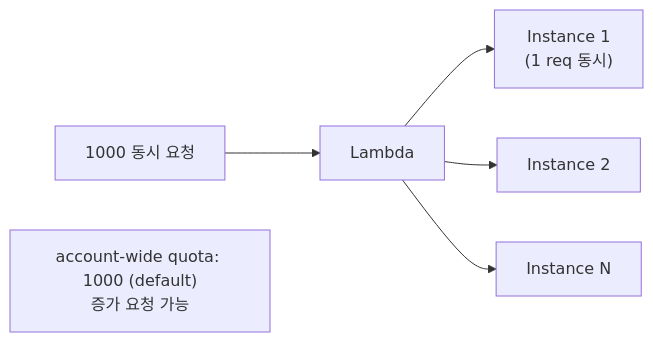
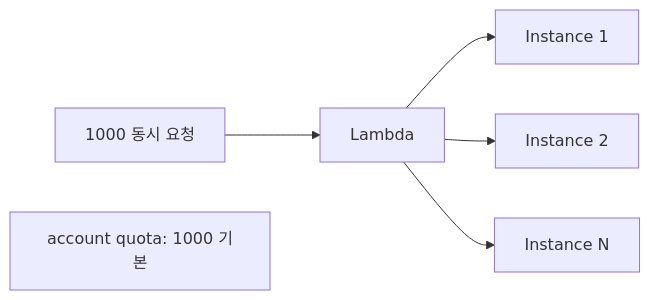
Before and after one commit to shinkeonkim/shinkeonkim.github.io: the second of 3 diagrams in src/content/wiki/cloud/aws-lambda.mdx, drawn with Mermaid. The commit also changed other lines of this file and 526 other files, not shown here.

First line of the commit message:
content(wiki): 전수조사 및 대규모 보강 (짧은 파일 0, mermaid +645)

````diff
--- a/src/content/wiki/cloud/aws-lambda.mdx
+++ b/src/content/wiki/cloud/aws-lambda.mdx
@@ -72,8 +83,8 @@
 ```mermaid
 flowchart LR
-    Req[1000 동시 요청] --> L[Lambda]
-    L --> I1["Instance 1<br/>(1 req 동시)"]
-    L --> I2[Instance 2]
-    L --> IN[Instance N]
-    Note["account-wide quota: 1000 (default)<br/>증가 요청 가능"]
+    Req["1000 동시 요청"] --> L[Lambda]
+    L --> I1["Instance 1"]
+    L --> I2["Instance 2"]
+    L --> IN["Instance N"]
+    Note["account quota: 1000 기본"]
 ```
````
